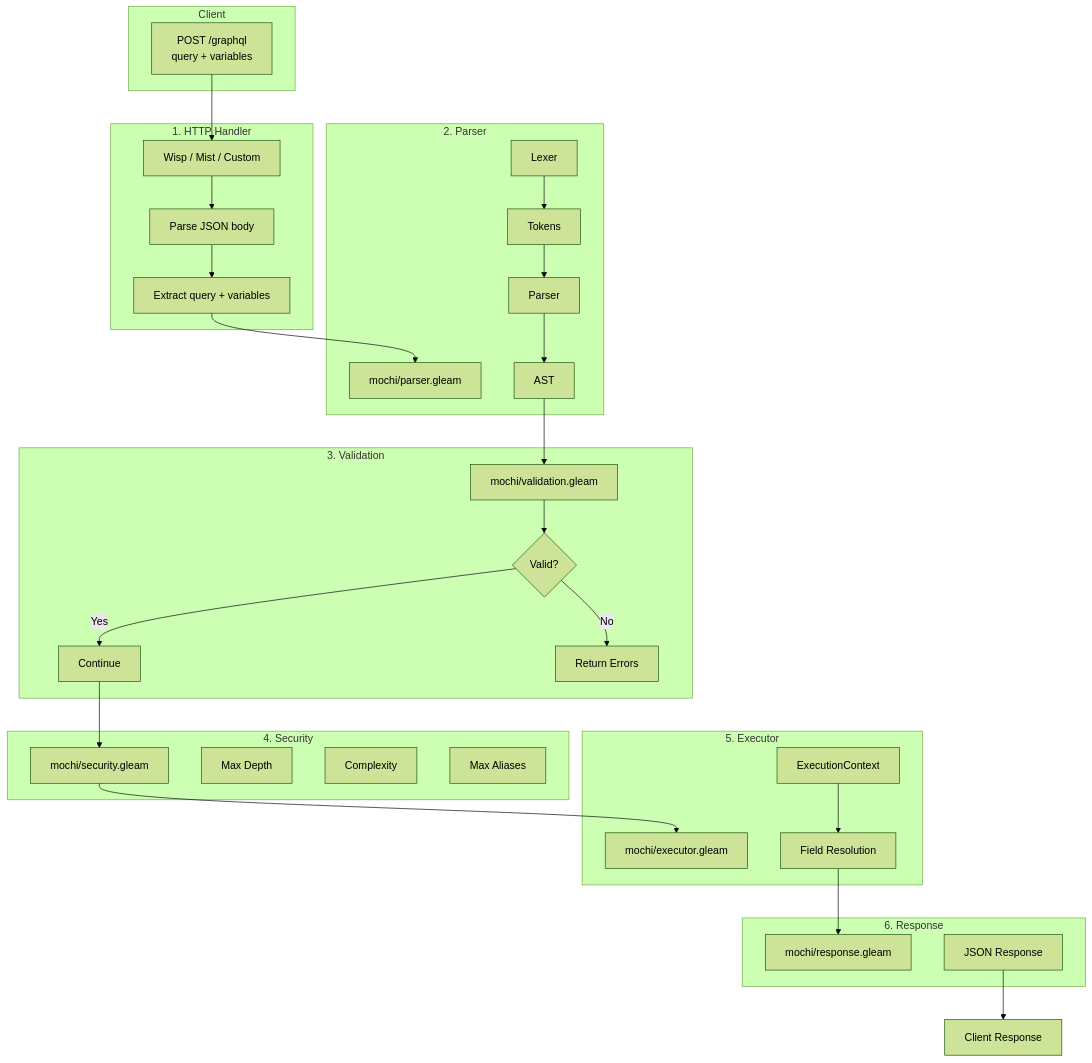
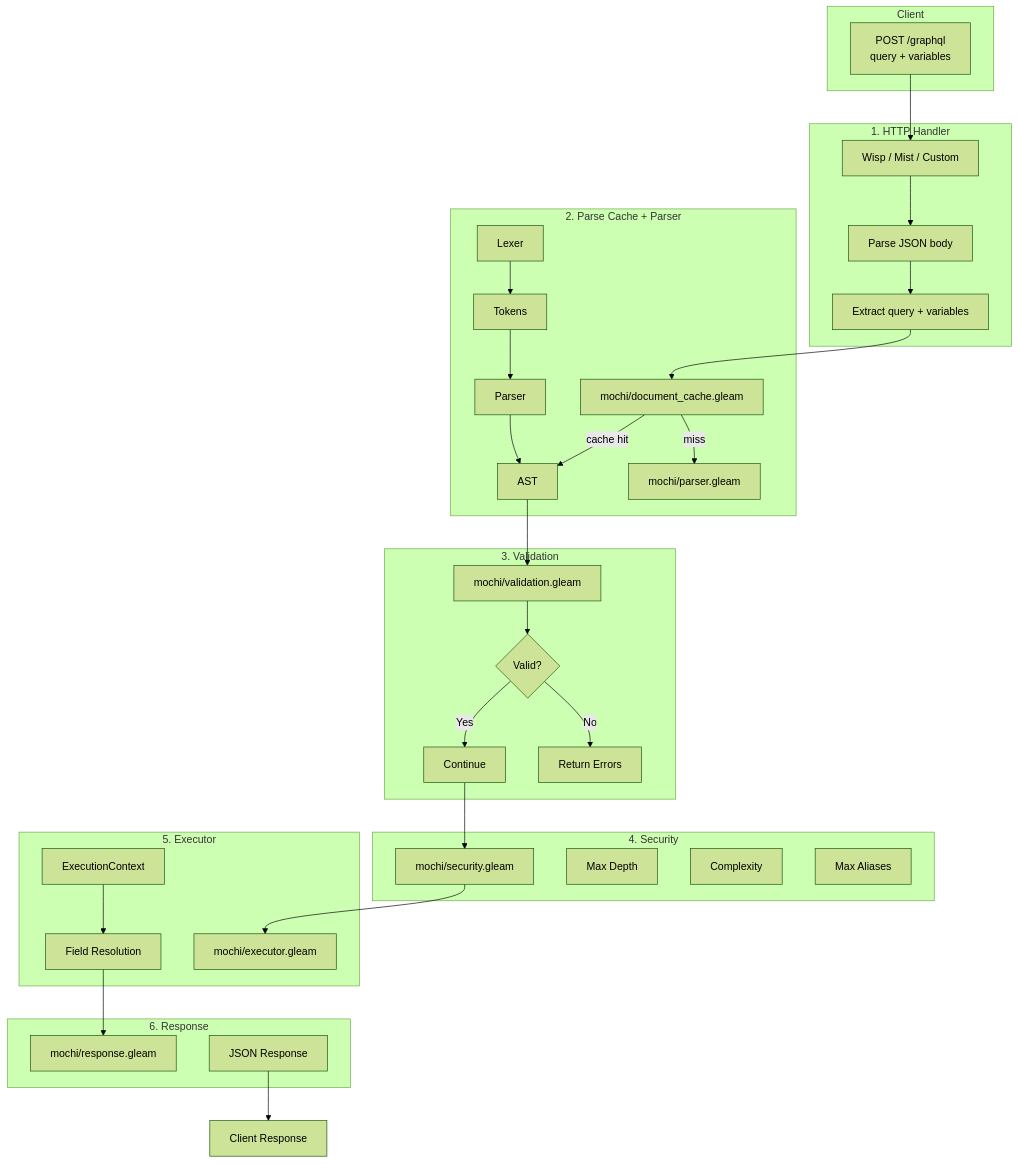
One commit to qwexvf/mochi changed the first of 9 diagrams in ARCHITECTURE.md. Above: the diagram before and after it, drawn with Mermaid (forest theme). The commit also changed other lines of this file and 23 other files, not shown here.

First line of the commit message:
perf: ETS document cache, batch execution, JS target, validation fix (#1)

````diff
--- a/ARCHITECTURE.md
+++ b/ARCHITECTURE.md
@@ -7,54 +7,57 @@
 ```mermaid
 flowchart TD
     subgraph Client
         A[POST /graphql<br/>query + variables]
     end
 
     subgraph "1. HTTP Handler"
         B[Wisp / Mist / Custom]
         B --> B1[Parse JSON body]
         B1 --> B2[Extract query + variables]
     end
 
-    subgraph "2. Parser"
+    subgraph "2. Parse Cache + Parser"
+        C0[mochi/document_cache.gleam]
         C[mochi/parser.gleam]
         C1[Lexer] --> C2[Tokens] --> C3[Parser] --> C4[AST]
+        C0 -->|cache hit| C4
+        C0 -->|miss| C
     end
 
     subgraph "3. Validation"
         D[mochi/validation.gleam]
         D1{Valid?}
         D2[Continue]
         D3[Return Errors]
     end
 
     subgraph "4. Security"
         E[mochi/security.gleam]
         E1[Max Depth]
         E2[Complexity]
         E3[Max Aliases]
     end
 
     subgraph "5. Executor"
         F[mochi/executor.gleam]
         F1[ExecutionContext]
         F2[Field Resolution]
     end
 
     subgraph "6. Response"
         G[mochi/response.gleam]
         G1[JSON Response]
     end
 
     A --> B
-    B2 --> C
+    B2 --> C0
     C4 --> D
     D --> D1
     D1 -->|Yes| D2
     D1 -->|No| D3
     D2 --> E
     E --> F
     F1 --> F2
     F2 --> G
     G1 --> H[Client Response]
 ```
````
